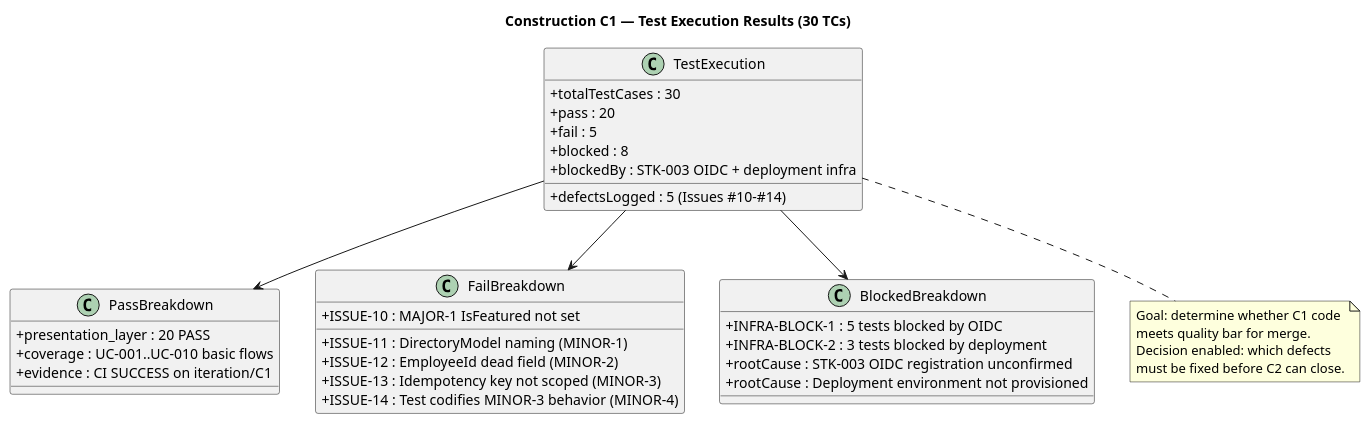
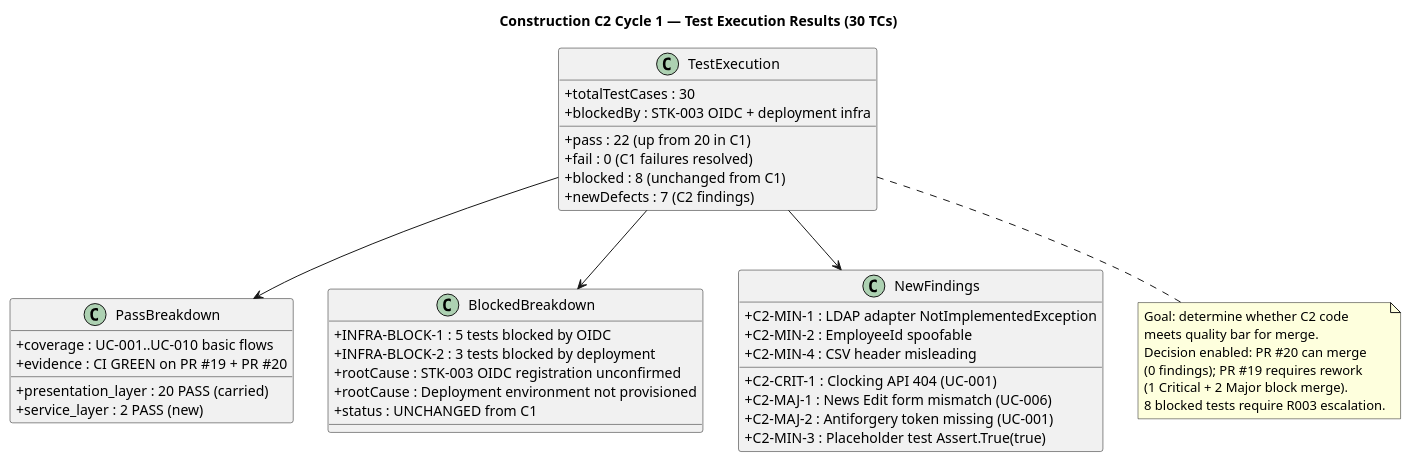
Before and after one commit to banense-test/portal-cuba-corp: the third of 3 diagrams in docs/artifacts/project-management/iteration-assessment.md, drawn with PlantUML. The commit also changed other lines of this file, not shown here.

First line of the commit message:
Project Manager [C2]: upsert Iteration Assessment

````diff
--- a/docs/artifacts/project-management/iteration-assessment.md
+++ b/docs/artifacts/project-management/iteration-assessment.md
@@ -234,49 +235,55 @@
 ```plantuml
 @startuml
-title Construction C1 — Test Execution Results (30 TCs)
+title Construction C2 Cycle 1 — Test Execution Results (30 TCs)
 
 skinparam classAttributeIconSize 0
 
 class TestExecution {
   + totalTestCases : 30
-  + pass : 20
-  + fail : 5
-  + blocked : 8
-  + defectsLogged : 5 (Issues #10-#14)
+  + pass : 22 (up from 20 in C1)
+  + fail : 0 (C1 failures resolved)
+  + blocked : 8 (unchanged from C1)
+  + newDefects : 7 (C2 findings)
   + blockedBy : STK-003 OIDC + deployment infra
 }
 
 class PassBreakdown {
-  + presentation_layer : 20 PASS
+  + presentation_layer : 20 PASS (carried)
+  + service_layer : 2 PASS (new)
   + coverage : UC-001..UC-010 basic flows
-  + evidence : CI SUCCESS on iteration/C1
-}
-
-class FailBreakdown {
-  + ISSUE-10 : MAJOR-1 IsFeatured not set
-  + ISSUE-11 : DirectoryModel naming (MINOR-1)
-  + ISSUE-12 : EmployeeId dead field (MINOR-2)
-  + ISSUE-13 : Idempotency key not scoped (MINOR-3)
-  + ISSUE-14 : Test codifies MINOR-3 behavior (MINOR-4)
+  + evidence : CI GREEN on PR #19 + PR #20
 }
 
 class BlockedBreakdown {
   + INFRA-BLOCK-1 : 5 tests blocked by OIDC
   + INFRA-BLOCK-2 : 3 tests blocked by deployment
   + rootCause : STK-003 OIDC registration unconfirmed
   + rootCause : Deployment environment not provisioned
+  + status : UNCHANGED from C1
+}
+
+class NewFindings {
+  + C2-CRIT-1 : Clocking API 404 (UC-001)
+  + C2-MAJ-1 : News Edit form mismatch (UC-006)
+  + C2-MAJ-2 : Antiforgery token missing (UC-001)
+  + C2-MIN-1 : LDAP adapter NotImplementedException
+  + C2-MIN-2 : EmployeeId spoofable
+  + C2-MIN-3 : Placeholder test Assert.True(true)
+  + C2-MIN-4 : CSV header misleading
 }
 
 TestExecution --> PassBreakdown
-TestExecution --> FailBreakdown
 TestExecution --> BlockedBreakdown
+TestExecution --> NewFindings
 
 note bottom of TestExecution
-  Goal: determine whether C1 code
+  Goal: determine whether C2 code
   meets quality bar for merge.
-  Decision enabled: which defects
-  must be fixed before C2 can close.
+  Decision enabled: PR #20 can merge
+  (0 findings); PR #19 requires rework
+  (1 Critical + 2 Major block merge).
+  8 blocked tests require R003 escalation.
 end note
 
 @enduml
 ```
````
